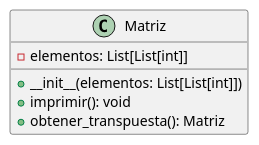
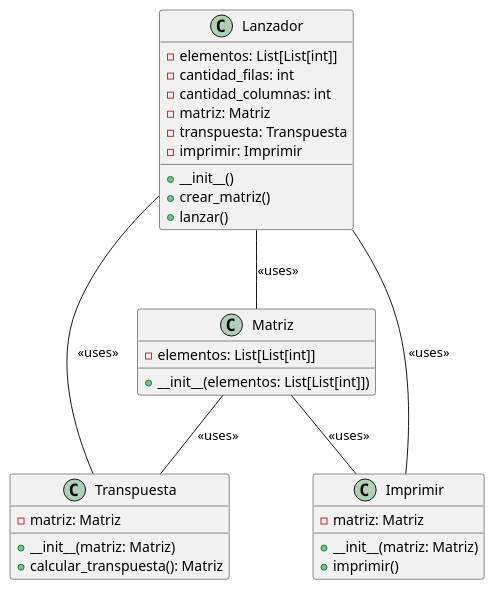
The diagram in Plant UML/matriz.puml (joseluis031/Principios-Generales-y-SOLID), drawn with PlantUML before and after one commit. The commit also changed 3 other files, not shown here.

```diff
--- a/Plant UML/matriz.puml
+++ b/Plant UML/matriz.puml
@@ -1,10 +1,38 @@
-@startuml
+@startuml eg
 
 class Matriz {
   - elementos: List[List[int]]
   + __init__(elementos: List[List[int]])
-  + imprimir(): void
-  + obtener_transpuesta(): Matriz
 }
 
+class Transpuesta {
+  - matriz: Matriz
+  + __init__(matriz: Matriz)
+  + calcular_transpuesta(): Matriz
+}
+
+class Imprimir {
+  - matriz: Matriz
+  + __init__(matriz: Matriz)
+  + imprimir()
+}
+
+class Lanzador {
+  - elementos: List[List[int]]
+  - cantidad_filas: int
+  - cantidad_columnas: int
+  - matriz: Matriz
+  - transpuesta: Transpuesta
+  - imprimir: Imprimir
+  + __init__()
+  + crear_matriz()
+  + lanzar()
+}
+
+Matriz -- Transpuesta : <<uses>>
+Matriz -- Imprimir : <<uses>>
+Lanzador -- Matriz : <<uses>>
+Lanzador -- Transpuesta : <<uses>>
+Lanzador -- Imprimir : <<uses>>
+
 @enduml
```
